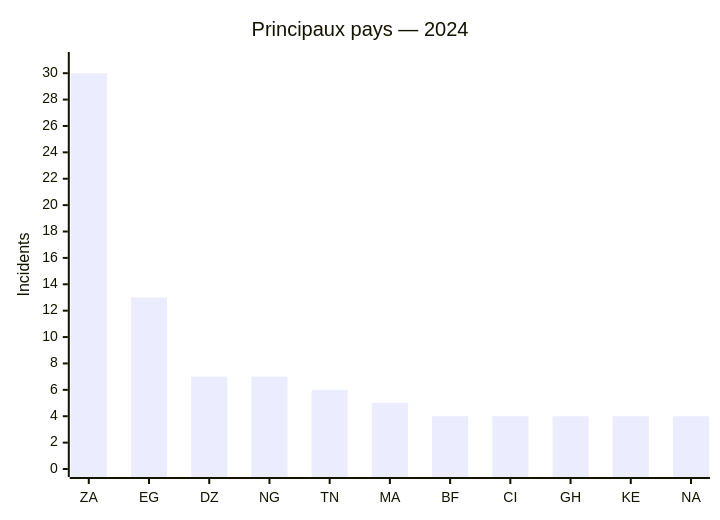
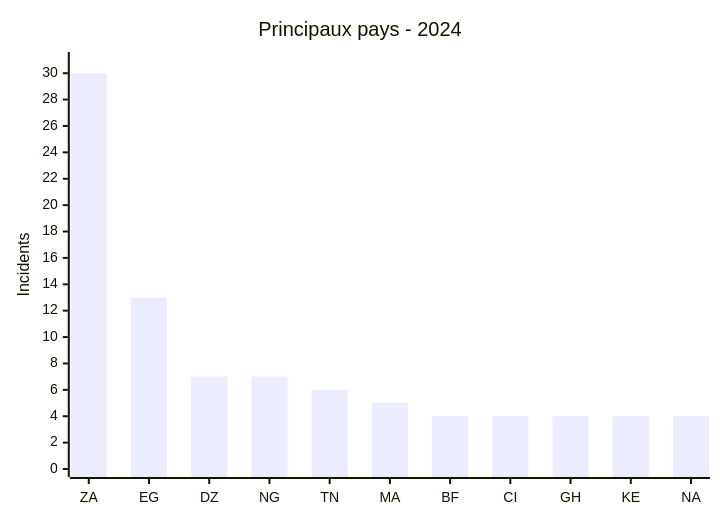
One commit to Hatchepsoute/AFRINTEL changed the third of 3 diagrams in CyberAttackAfrica/2024/README_FR.md. Above: the diagram before and after it, drawn with Mermaid. The commit also changed other lines of this file and 182 other files, not shown here.

````diff
--- a/CyberAttackAfrica/2024/README_FR.md
+++ b/CyberAttackAfrica/2024/README_FR.md
@@ -107,7 +107,7 @@
 ```mermaid
 xychart
-    title "Principaux pays — 2024"
+    title "Principaux pays - 2024"
     x-axis ["ZA","EG","DZ","NG","TN","MA","BF","CI","GH","KE","NA"]
     y-axis "Incidents" 0 --> 31
     bar [30,13,7,7,6,5,4,4,4,4,4]
 ```
````
